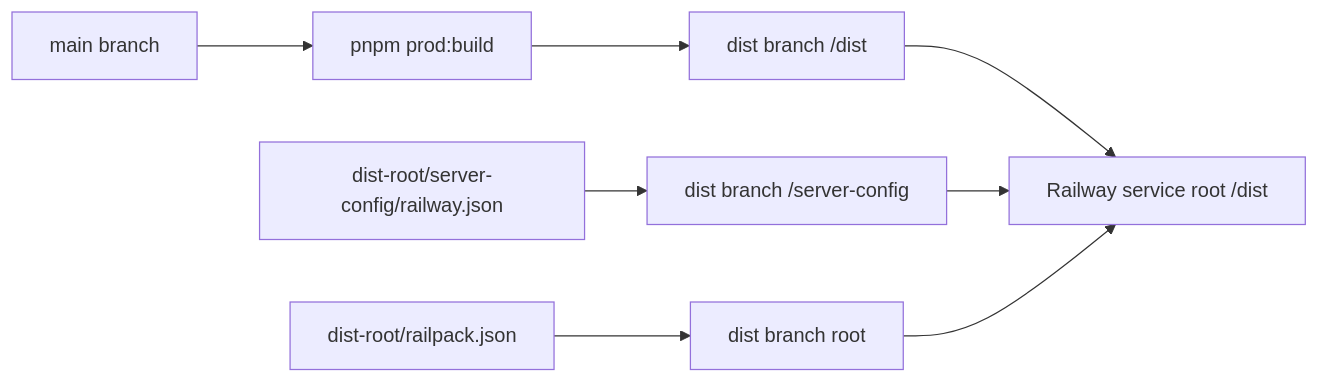
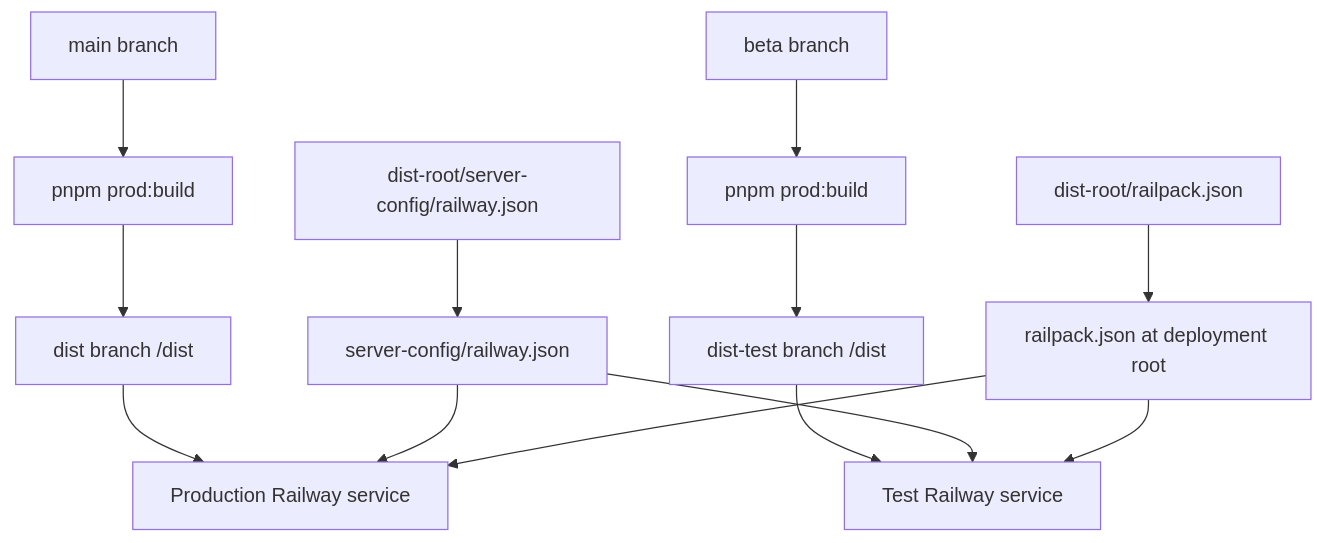
Before and after one commit to Nexthood/useclevr-production-2026: the diagram in docs/Developer_Guides/RAILWAY_DEPLOYMENT.md, drawn with Mermaid. The commit also changed other lines of this file and 13 other files, not shown here.

````diff
--- a/docs/Developer_Guides/RAILWAY_DEPLOYMENT.md
+++ b/docs/Developer_Guides/RAILWAY_DEPLOYMENT.md
@@ -39,10 +39,18 @@
 ```mermaid
-flowchart LR
+flowchart TD
   Main[main branch] --> Build[pnpm prod:build]
+  Beta[beta branch] --> TestBuild[pnpm prod:build]
+
   Build --> DistBranch[dist branch /dist]
-  Config[dist-root/server-config/railway.json] --> ServerConfig[dist branch /server-config]
-  Railpack[dist-root/railpack.json] --> RailpackRoot[dist branch root]
-  DistBranch --> Railway[Railway service root /dist]
-  ServerConfig --> Railway
-  RailpackRoot --> Railway
+  TestBuild --> DistTestBranch[dist-test branch /dist]
+
+  Config[dist-root/server-config/railway.json] --> ServerConfig[server-config/railway.json]
+  Railpack[dist-root/railpack.json] --> RailpackRoot[railpack.json at deployment root]
+
+  DistBranch --> ProdRailway[Production Railway service]
+  DistTestBranch --> TestRailway[Test Railway service]
+  ServerConfig --> ProdRailway
+  ServerConfig --> TestRailway
+  RailpackRoot --> ProdRailway
+  RailpackRoot --> TestRailway
 ```
````
